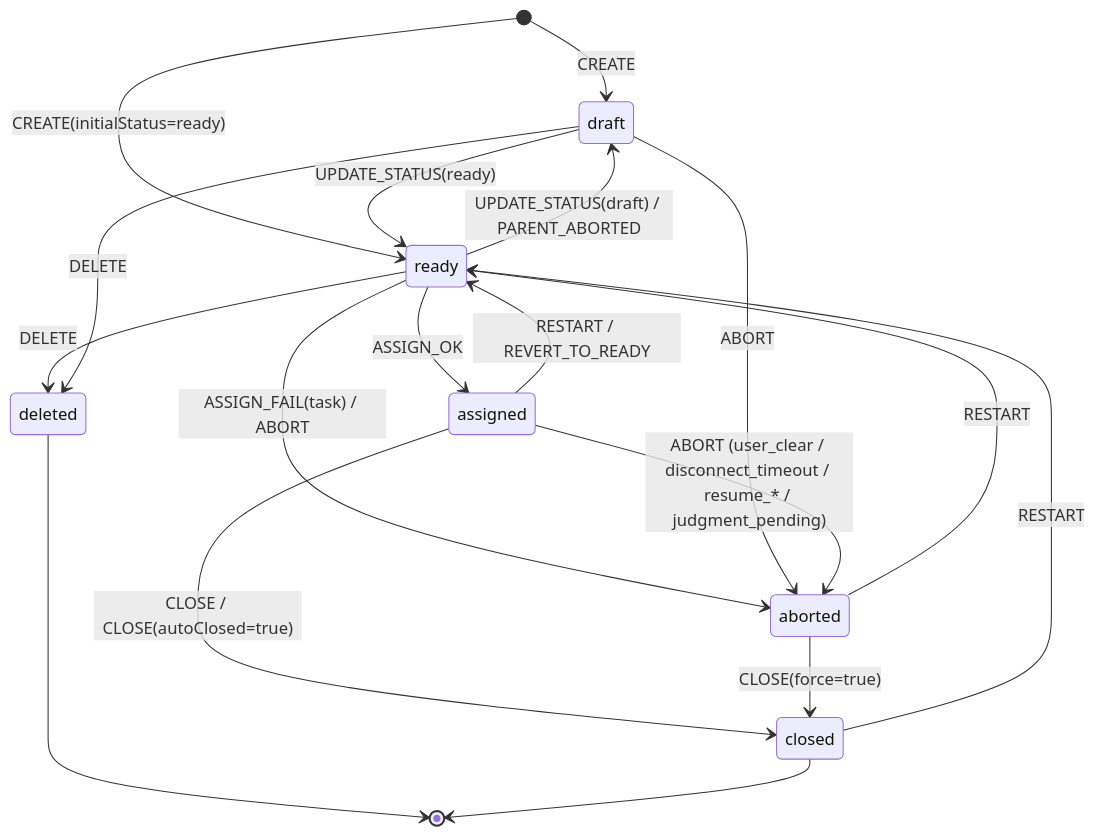
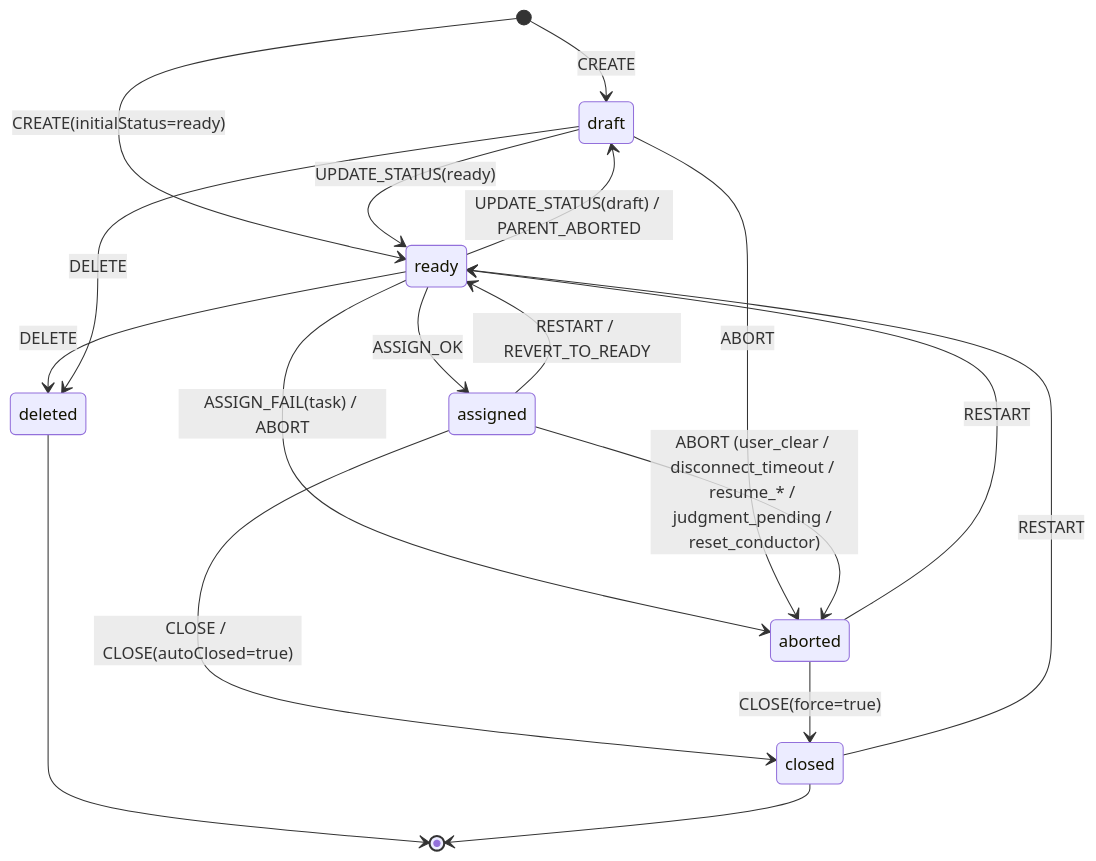
The second of 2 diagrams in docs/spec/07-state-machine.md (hummer98/elevens), drawn with Mermaid before and after one commit. The commit also changed other lines of this file and 8 other files, not shown here.

````diff
--- a/docs/spec/07-state-machine.md
+++ b/docs/spec/07-state-machine.md
@@ -227,20 +227,20 @@
 ```mermaid
 stateDiagram-v2
     [*] --> draft : CREATE
     [*] --> ready : CREATE(initialStatus=ready)
     draft --> ready : UPDATE_STATUS(ready)
     ready --> draft : UPDATE_STATUS(draft) / PARENT_ABORTED
     ready --> assigned : ASSIGN_OK
     ready --> aborted : ASSIGN_FAIL(task) / ABORT
     ready --> deleted : DELETE
     draft --> aborted : ABORT
     draft --> deleted : DELETE
     assigned --> closed : CLOSE / CLOSE(autoClosed=true)
-    assigned --> aborted : ABORT (user_clear / disconnect_timeout / resume_* / judgment_pending)
+    assigned --> aborted : ABORT (user_clear / disconnect_timeout / resume_* / judgment_pending / reset_conductor)
     assigned --> ready : RESTART / REVERT_TO_READY
     closed --> ready : RESTART
     aborted --> closed : CLOSE(force=true)
     aborted --> ready : RESTART
     deleted --> [*]
     closed --> [*]
 ```
````
